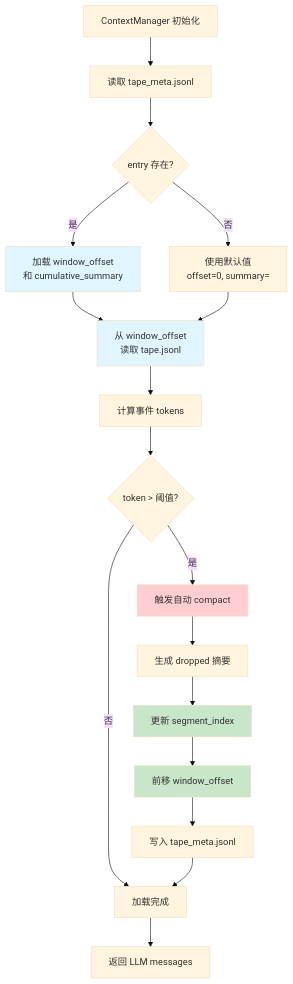
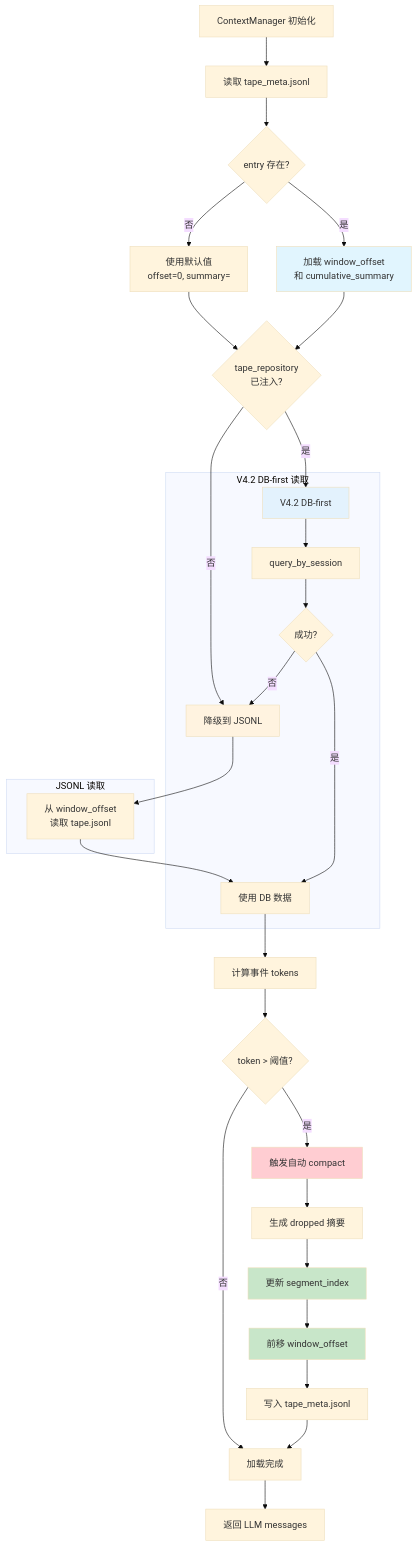
Before and after one commit to ykfnxx/simu-emperor: the seventh of 12 diagrams in src/simu_emperor/memory/AGENTS.md, drawn with Mermaid (base theme). The commit also changed other lines of this file and 5 other files, not shown here.

First line of the commit message:
docs(v4.2): update all AGENTS.md and CLAUDE.md for V4.2 architecture

````diff
--- a/src/simu_emperor/memory/AGENTS.md
+++ b/src/simu_emperor/memory/AGENTS.md
@@ -297,28 +405,45 @@
 ```mermaid
 flowchart TB
     A[ContextManager 初始化] --> B[读取 tape_meta.jsonl]
     B --> C{entry 存在?}
     C -->|是| D[加载 window_offset<br/>和 cumulative_summary]
     C -->|否| E[使用默认值<br/>offset=0, summary=""]
 
-    D --> F[从 window_offset<br/>读取 tape.jsonl]
+    D --> F{tape_repository<br/>已注入?}
     E --> F
-    F --> G[计算事件 tokens]
-    G --> H{token > 阈值?}
-    H -->|是| I[触发自动 compact]
-    H -->|否| J[加载完成]
+    
+    F -->|是| G[V4.2 DB-first]
+    F -->|否| H[传统 JSONL 读取]
+    
+    subgraph "V4.2 DB-first 读取"
+        G --> G1[query_by_session]
+        G1 --> G2{成功?}
+        G2 -->|是| I[使用 DB 数据]
+        G2 -->|否| H[降级到 JSONL]
+    end
+    
+    subgraph "JSONL 读取"
+        H --> H1[从 window_offset<br/>读取 tape.jsonl]
+        H1 --> I
+    end
+    
+    I --> J[计算事件 tokens]
+    J --> K{token > 阈值?}
+    K -->|是| L[触发自动 compact]
+    K -->|否| M[加载完成]
 
-    I --> K[生成 dropped 摘要]
-    K --> L[更新 segment_index]
-    L --> M[前移 window_offset]
-    M --> N[写入 tape_meta.jsonl]
-    N --> J
+    L --> N[生成 dropped 摘要]
+    N --> O[更新 segment_index]
+    O --> P[前移 window_offset]
+    P --> Q[写入 tape_meta.jsonl]
+    Q --> M
 
-    J --> O[返回 LLM messages]
+    M --> R[返回 LLM messages]
 
     style D fill:#e1f5fe
-    style F fill:#e1f5fe
-    style I fill:#ffcdd2
-    style L fill:#c8e6c9
-    style M fill:#c8e6c9
+    style G fill:#e3f2fd
+    style H fill:#fff3e0
+    style L fill:#ffcdd2
+    style O fill:#c8e6c9
+    style P fill:#c8e6c9
 ```
````
